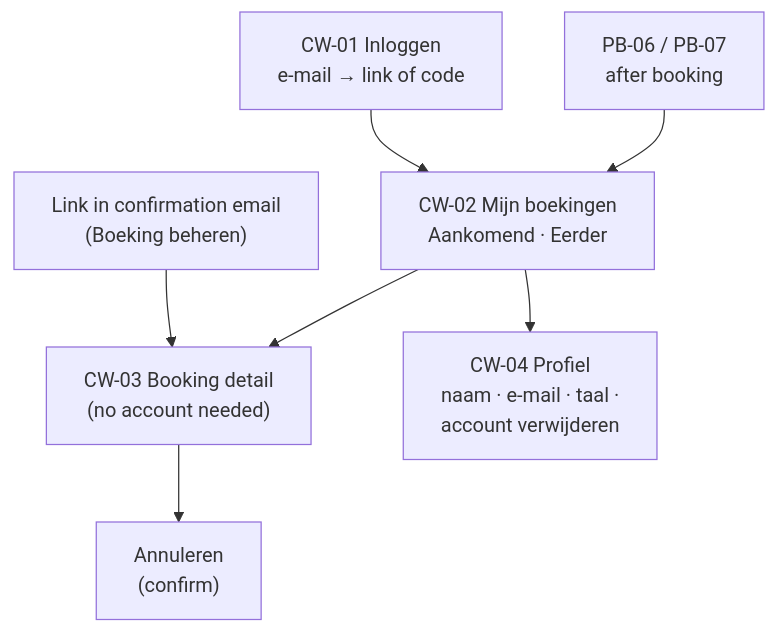
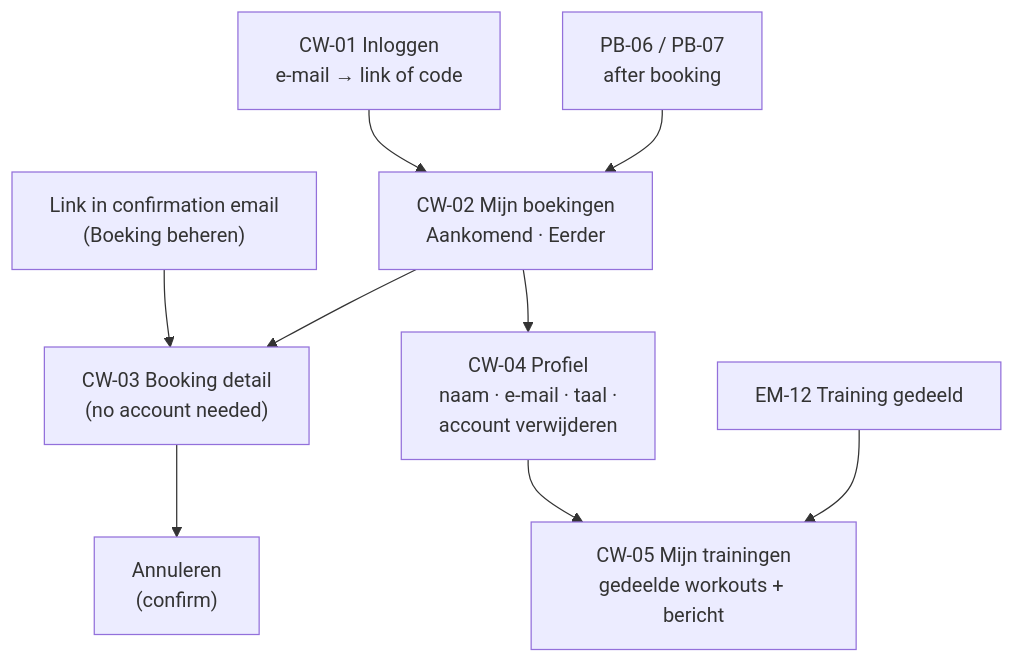
The fifth of 5 diagrams in docs/design/information-architecture.md (fivvi-app/fivvi), drawn with Mermaid before and after one commit. The commit also changed other lines of this file and 8 other files, not shown here.

````diff
--- a/docs/design/information-architecture.md
+++ b/docs/design/information-architecture.md
@@ -337,9 +337,11 @@
 ```mermaid
 flowchart TB
   mail["Link in confirmation email<br/>(Boeking beheren)"] --> manage["CW-03 Booking detail<br/>(no account needed)"]
   signin["CW-01 Inloggen<br/>e-mail → link of code"] --> bookings["CW-02 Mijn boekingen<br/>Aankomend · Eerder"]
   pb6["PB-06 / PB-07<br/>after booking"] --> bookings
   bookings --> manage
   manage --> cancel["Annuleren<br/>(confirm)"]
   bookings --> prof["CW-04 Profiel<br/>naam · e-mail · taal ·<br/>account verwijderen"]
+  prof --> workouts["CW-05 Mijn trainingen<br/>gedeelde workouts + bericht"]
+  workoutMail["EM-12 Training gedeeld"] --> workouts
 ```
````
